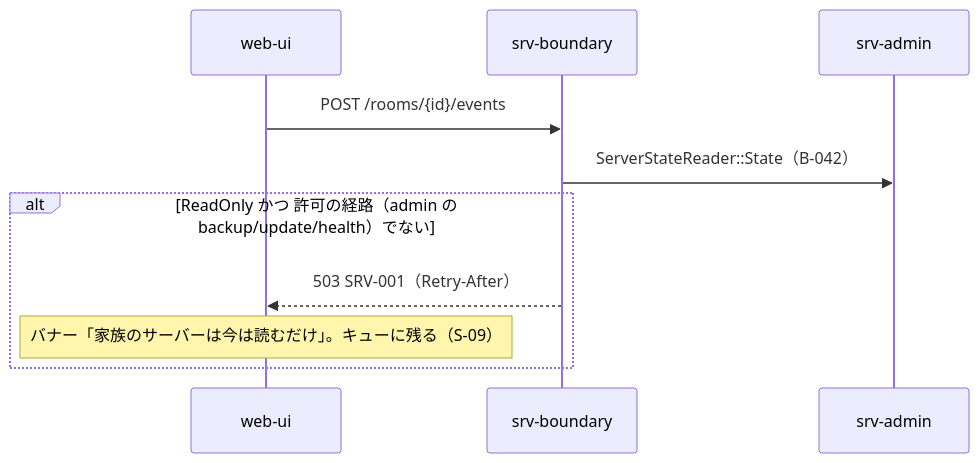
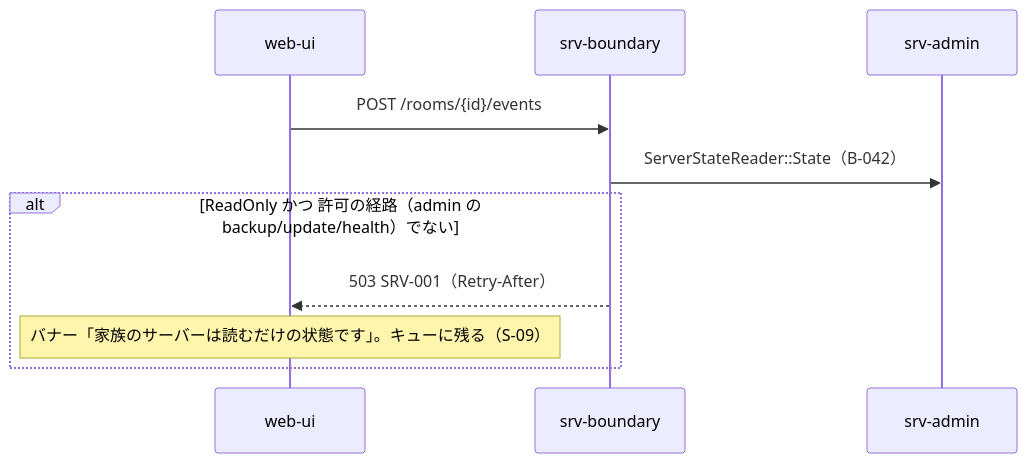
The fourth of 4 diagrams in dev/docs/jp/シーケンス/01_起動.md (nrsd-ishikawasou/family-talk-pwa), drawn with Mermaid before and after one commit. The commit also changed other lines of this file and 290 other files, not shown here.

````diff
--- a/dev/docs/jp/シーケンス/01_起動.md
+++ b/dev/docs/jp/シーケンス/01_起動.md
@@ -149,12 +167,12 @@
 ```mermaid
 sequenceDiagram
   participant UI as web-ui
   participant BD as srv-boundary
   participant AD as srv-admin
   UI->>BD: POST /rooms/{id}/events
   BD->>AD: ServerStateReader::State（B-042）
   alt ReadOnly かつ 許可の経路（admin の backup/update/health）でない
     BD-->>UI: 503 SRV-001（Retry-After）
-    Note over UI: バナー「家族のサーバーは今は読むだけ」。キューに残る（S-09）
+    Note over UI: バナー「家族のサーバーは読むだけの状態です」。キューに残る（S-09）
   end
 ```
````
